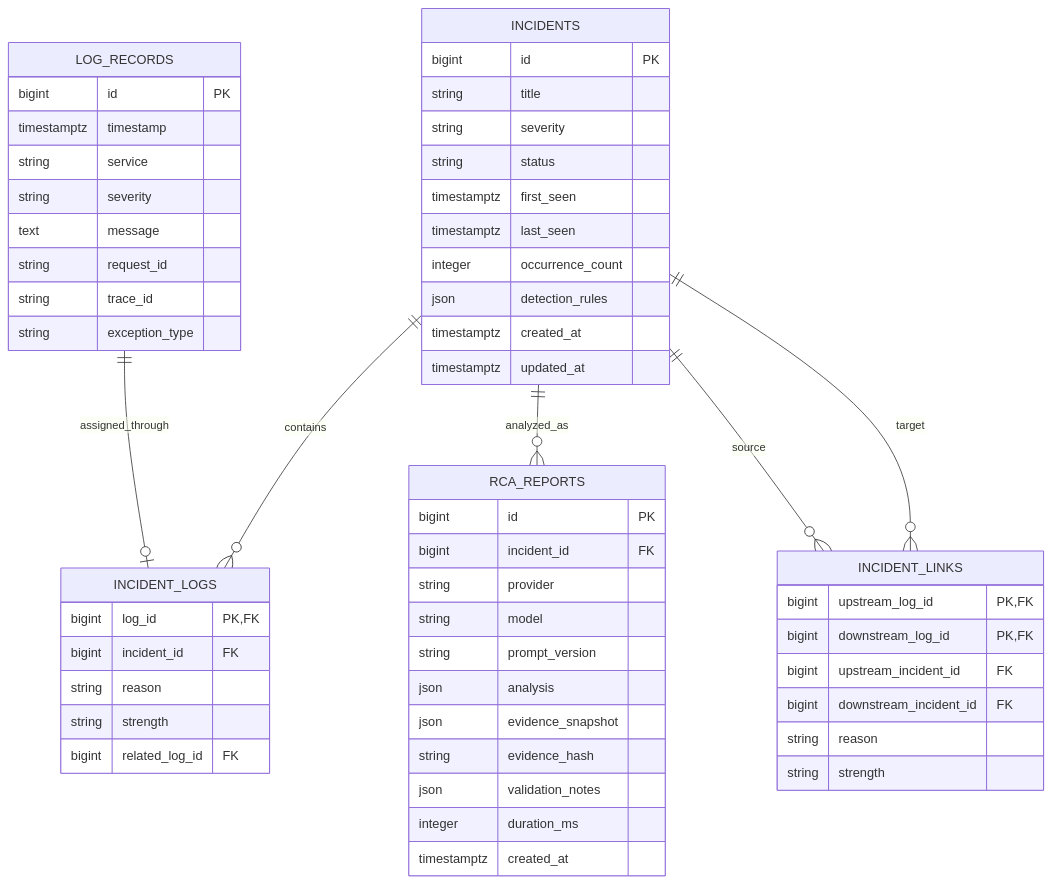
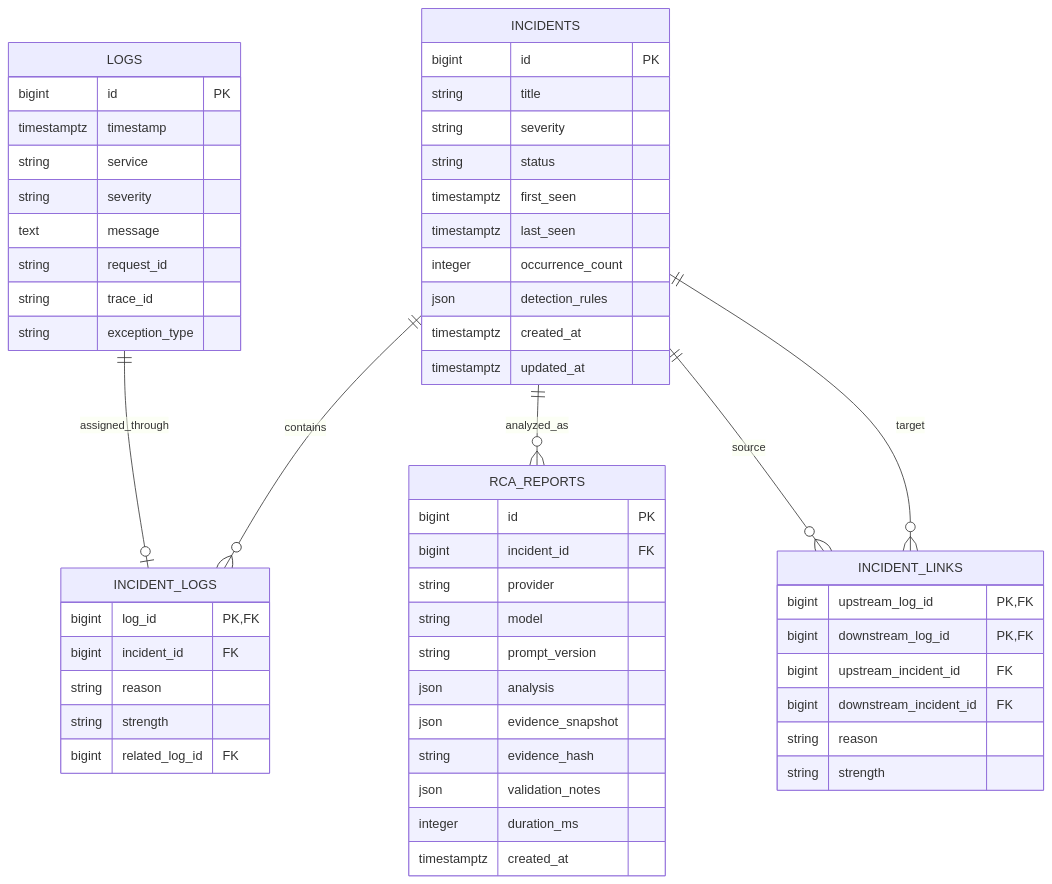
One commit to KaranJangid8656/TraceMind changed the third of 4 diagrams in README.md. Above: the diagram before and after it, drawn with Mermaid. The commit also changed other lines of this file, not shown here.

````diff
--- a/README.md
+++ b/README.md
@@ -104,63 +102,63 @@
 ```mermaid
 erDiagram
-    LOG_RECORDS ||--o| INCIDENT_LOGS : assigned_through
+    LOGS ||--o| INCIDENT_LOGS : assigned_through
     INCIDENTS ||--o{ INCIDENT_LOGS : contains
     INCIDENTS ||--o{ RCA_REPORTS : analyzed_as
     INCIDENTS ||--o{ INCIDENT_LINKS : source
     INCIDENTS ||--o{ INCIDENT_LINKS : target
 
-    LOG_RECORDS {
+    LOGS {
         bigint id PK
         timestamptz timestamp
         string service
         string severity
         text message
         string request_id
         string trace_id
         string exception_type
     }
 
     INCIDENTS {
         bigint id PK
         string title
         string severity
         string status
         timestamptz first_seen
         timestamptz last_seen
         integer occurrence_count
         json detection_rules
         timestamptz created_at
         timestamptz updated_at
     }
 
     INCIDENT_LOGS {
         bigint log_id PK, FK
         bigint incident_id FK
         string reason
         string strength
         bigint related_log_id FK
     }
 
     INCIDENT_LINKS {
         bigint upstream_log_id PK, FK
         bigint downstream_log_id PK, FK
         bigint upstream_incident_id FK
         bigint downstream_incident_id FK
         string reason
         string strength
     }
 
     RCA_REPORTS {
         bigint id PK
         bigint incident_id FK
         string provider
         string model
         string prompt_version
         json analysis
         json evidence_snapshot
         string evidence_hash
         json validation_notes
         integer duration_ms
         timestamptz created_at
     }
 ```
````
